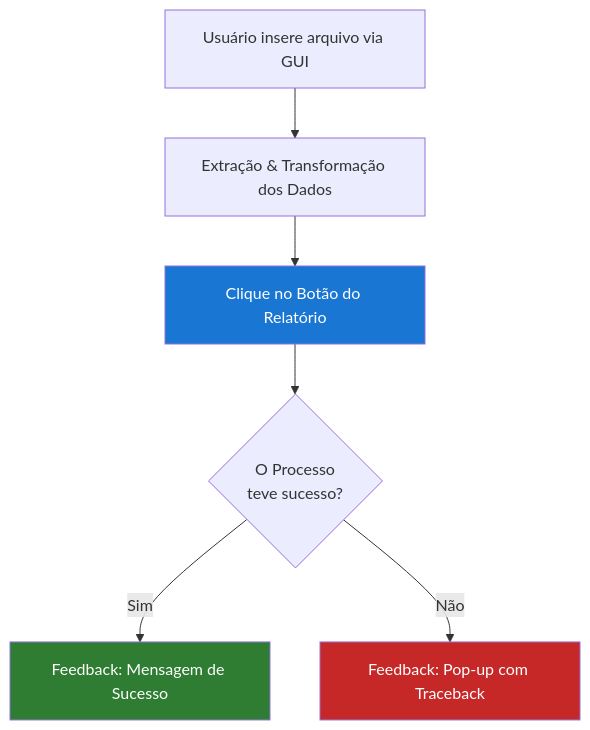
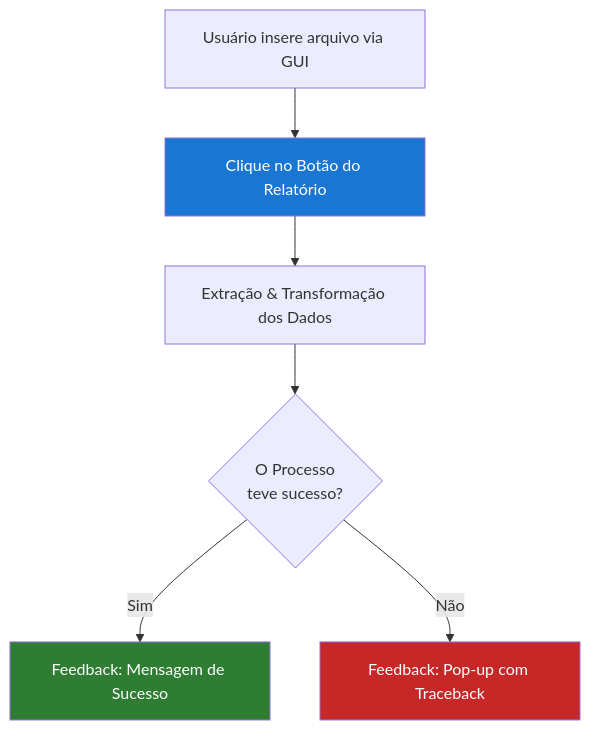
The first of 2 diagrams in README.md (ranielcaria/data-etl-extractions), drawn with Mermaid before and after one commit. The commit also changed other lines of this file, not shown here.

````diff
--- a/README.md
+++ b/README.md
@@ -11,13 +11,13 @@
 ```mermaid
 graph TD;
-    Start[Usuário insere arquivo via GUI] --> ETL[Extração & Transformação dos Dados]
-    ETL --> Action[Clique no Botão do Relatório]
-    Action --> Pipeline{O Processo <br/>teve sucesso?}
+    Start[Usuário insere arquivo via GUI] --> Action[Clique no Botão do Relatório]
+    Action --> ETL[Extração & Transformação dos Dados]
+    ETL --> Pipeline{O Processo <br/>teve sucesso?}
     
     Pipeline -- Sim --> Success[Feedback: Mensagem de Sucesso]
     Pipeline -- Não --> Error[Feedback: Pop-up com Traceback]
 
     style Success fill:#2e7d32,color:#fff
     style Error fill:#c62828,color:#fff
     style Action fill:#1976d2,color:#fff
 ```
````
